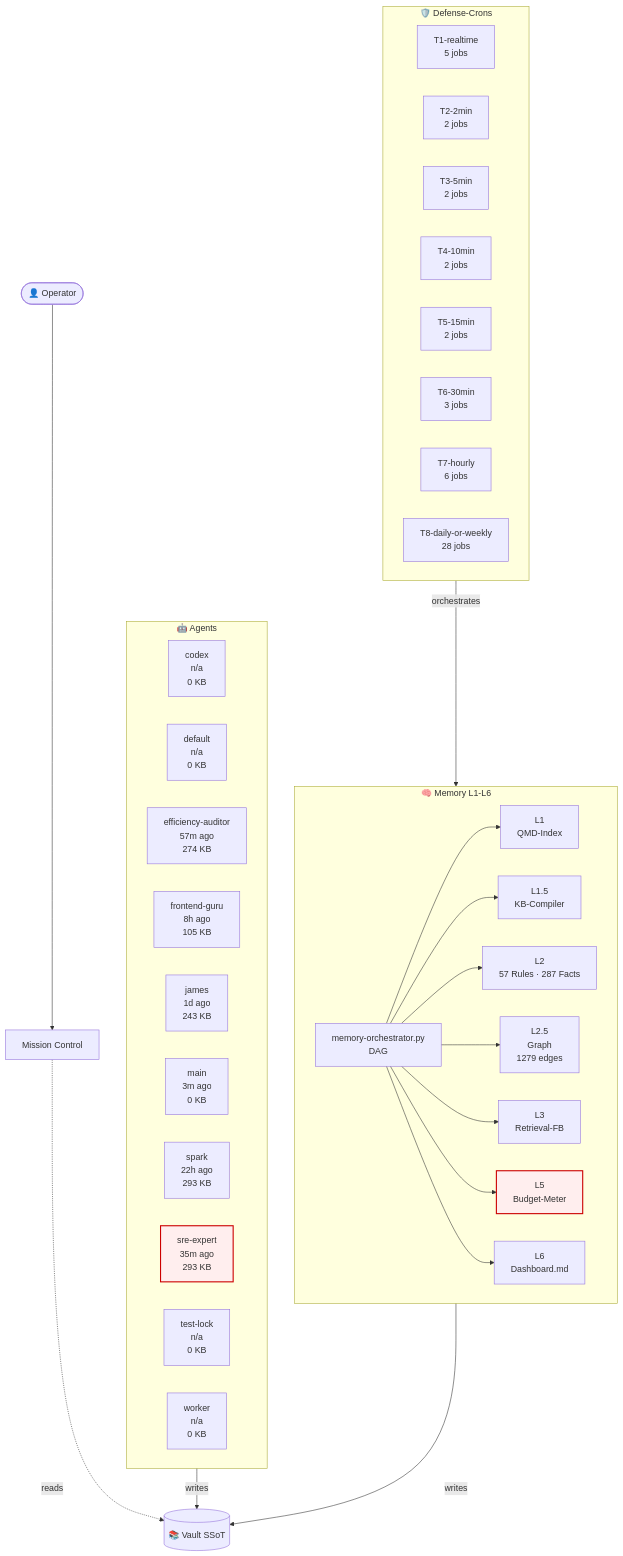
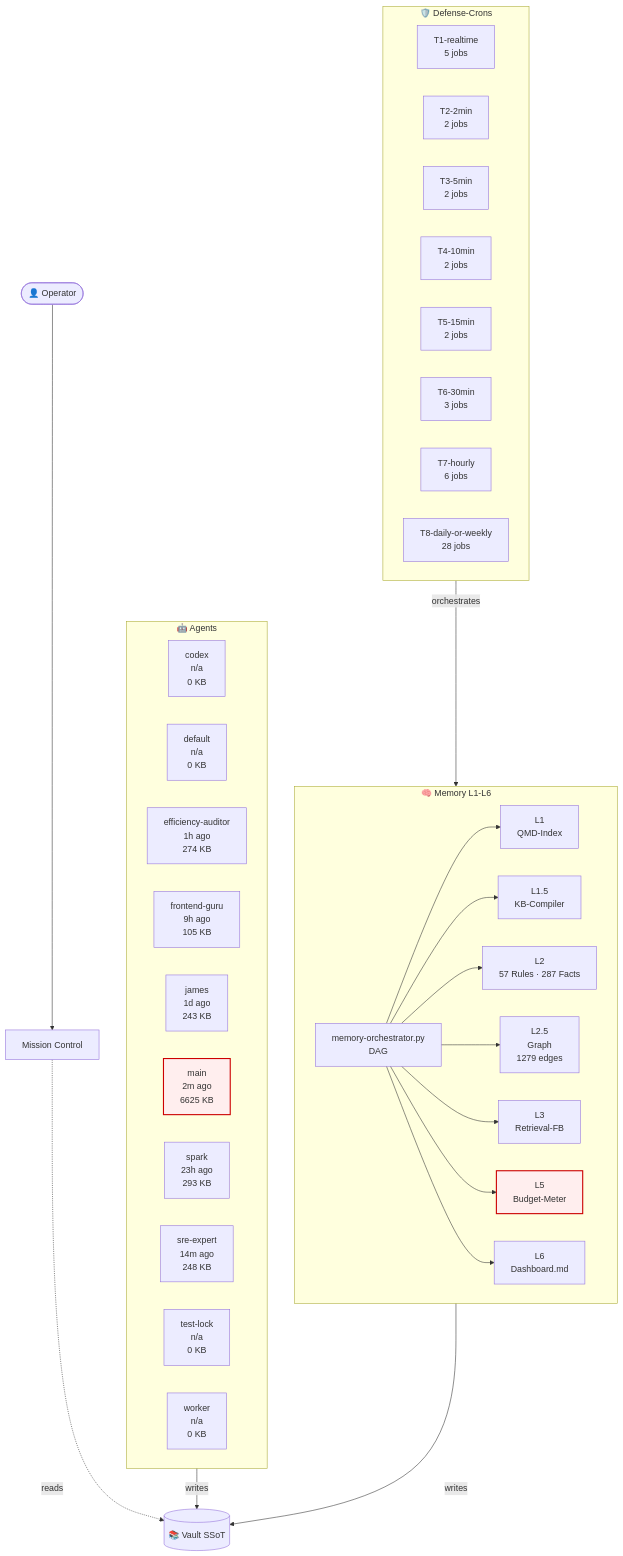
Before and after one commit to lenardhuebner88-rgb/openclaw-memory: the diagram in 03-Agents/architecture-live.md, drawn with Mermaid. The commit also changed other lines of this file and 18 other files, not shown here.

````diff
--- a/03-Agents/architecture-live.md
+++ b/03-Agents/architecture-live.md
@@ -18,53 +18,53 @@
 ```mermaid
 flowchart TB
     classDef critical fill:#fee,stroke:#c00,stroke-width:2px;
     subgraph AGT["🤖 Agents"]
         agent_codex["codex<br/>n/a<br/>0 KB"]
         agent_default["default<br/>n/a<br/>0 KB"]
-        agent_efficiency_auditor["efficiency-auditor<br/>57m ago<br/>274 KB"]
-        agent_frontend_guru["frontend-guru<br/>8h ago<br/>105 KB"]
+        agent_efficiency_auditor["efficiency-auditor<br/>1h ago<br/>274 KB"]
+        agent_frontend_guru["frontend-guru<br/>9h ago<br/>105 KB"]
         agent_james["james<br/>1d ago<br/>243 KB"]
-        agent_main["main<br/>3m ago<br/>0 KB"]
-        agent_spark["spark<br/>22h ago<br/>293 KB"]
-        agent_sre_expert["sre-expert<br/>35m ago<br/>293 KB"]
+        agent_main["main<br/>2m ago<br/>6625 KB"]
+        agent_spark["spark<br/>23h ago<br/>293 KB"]
+        agent_sre_expert["sre-expert<br/>14m ago<br/>248 KB"]
         agent_test_lock["test-lock<br/>n/a<br/>0 KB"]
         agent_worker["worker<br/>n/a<br/>0 KB"]
     end
     subgraph MEM["🧠 Memory L1-L6"]
         L1["L1<br/>QMD-Index"]
         L15["L1.5<br/>KB-Compiler"]
         L2["L2<br/>57 Rules · 287 Facts"]
         L25["L2.5<br/>Graph<br/>1279 edges"]
         L3["L3<br/>Retrieval-FB"]
         L5["L5<br/>Budget-Meter"]
         L6["L6<br/>Dashboard.md"]
         ORCH["memory-orchestrator.py<br/>DAG"]
     end
     subgraph CRN["🛡️ Defense-Crons"]
         tier_T1_realtime["T1-realtime<br/>5 jobs"]
         tier_T2_2min["T2-2min<br/>2 jobs"]
         tier_T3_5min["T3-5min<br/>2 jobs"]
         tier_T4_10min["T4-10min<br/>2 jobs"]
         tier_T5_15min["T5-15min<br/>2 jobs"]
         tier_T6_30min["T6-30min<br/>3 jobs"]
         tier_T7_hourly["T7-hourly<br/>6 jobs"]
         tier_T8_daily_or_weekly["T8-daily-or-weekly<br/>28 jobs"]
     end
     VAULT[("📚 Vault SSoT")]
     OP([👤 Operator])
     MC["Mission Control"]
     OP --> MC
     MC -.reads.-> VAULT
     AGT -->|writes| VAULT
     MEM -->|writes| VAULT
     ORCH --> L1
     ORCH --> L15
     ORCH --> L2
     ORCH --> L25
     ORCH --> L3
     ORCH --> L5
     ORCH --> L6
     CRN -->|orchestrates| MEM
     class L5 critical
-    class agent_sre_expert critical
+    class agent_main critical
 ```
````
